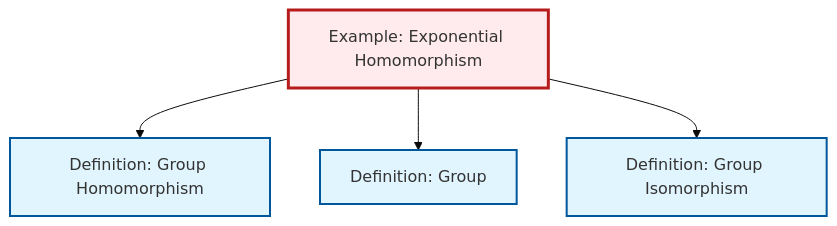
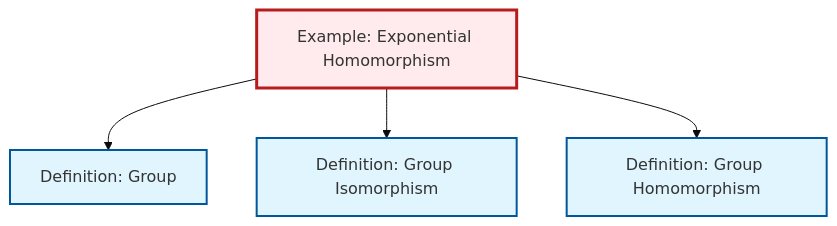
One commit to RK0429/ModernMath changed the diagram in content/en/algebra/ex-exponential-homomorphism.qmd. Above: the diagram before and after it, drawn with Mermaid (base theme). The commit also changed other lines of this file and 654 other files, not shown here.

````diff
--- a/content/en/algebra/ex-exponential-homomorphism.qmd
+++ b/content/en/algebra/ex-exponential-homomorphism.qmd
@@ -45,20 +45,20 @@
 ```{mermaid}
 %%| fig-cap: "Local dependency graph"
 graph TD
     classDef definition fill:#e1f5fe,stroke:#01579b,stroke-width:2px
     classDef theorem fill:#f3e5f5,stroke:#4a148c,stroke-width:2px
     classDef axiom fill:#fff3e0,stroke:#e65100,stroke-width:2px
     classDef example fill:#e8f5e9,stroke:#1b5e20,stroke-width:2px
     classDef current fill:#ffebee,stroke:#b71c1c,stroke-width:3px
+    def-isomorphism["Definition: Group Isomorphism"]:::definition
     def-group["Definition: Group"]:::definition
+    def-homomorphism["Definition: Group Homomorphism"]:::definition
     ex-exponential-homomorphism["Example: Exponential Homomorphism"]:::example
-    def-isomorphism["Definition: Group Isomorphism"]:::definition
-    def-homomorphism["Definition: Group Homomorphism"]:::definition
-    ex-exponential-homomorphism --> def-homomorphism
     ex-exponential-homomorphism --> def-group
     ex-exponential-homomorphism --> def-isomorphism
+    ex-exponential-homomorphism --> def-homomorphism
     class ex-exponential-homomorphism current
+    click def-isomorphism "def-isomorphism.html" "Go to Group Isomorphism definition"
     click def-group "def-group.html" "Go to Group definition"
-    click def-isomorphism "def-isomorphism.html" "Go to Group Isomorphism definition"
     click def-homomorphism "def-homomorphism.html" "Go to Group Homomorphism definition"
 ```
````
